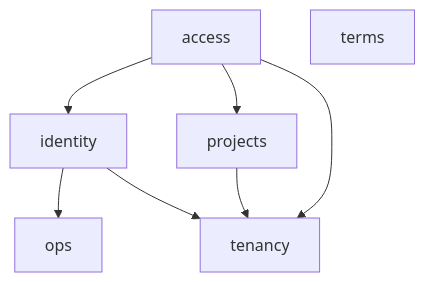
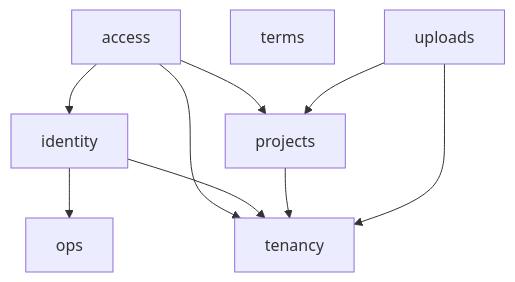
One commit to kingdonk-ops/Project-AIP changed the diagram in docs/architecture/module-map.md. Above: the diagram before and after it, drawn with Mermaid. The commit also changed other lines of this file and 3 other files, not shown here.

````diff
--- a/docs/architecture/module-map.md
+++ b/docs/architecture/module-map.md
@@ -21,12 +22,14 @@
 ```mermaid
 graph TD
     access --> identity
     access --> projects
     access --> tenancy
     identity --> ops
     identity --> tenancy
     ops
     projects --> tenancy
     tenancy
     terms
+    uploads --> projects
+    uploads --> tenancy
 ```
````
